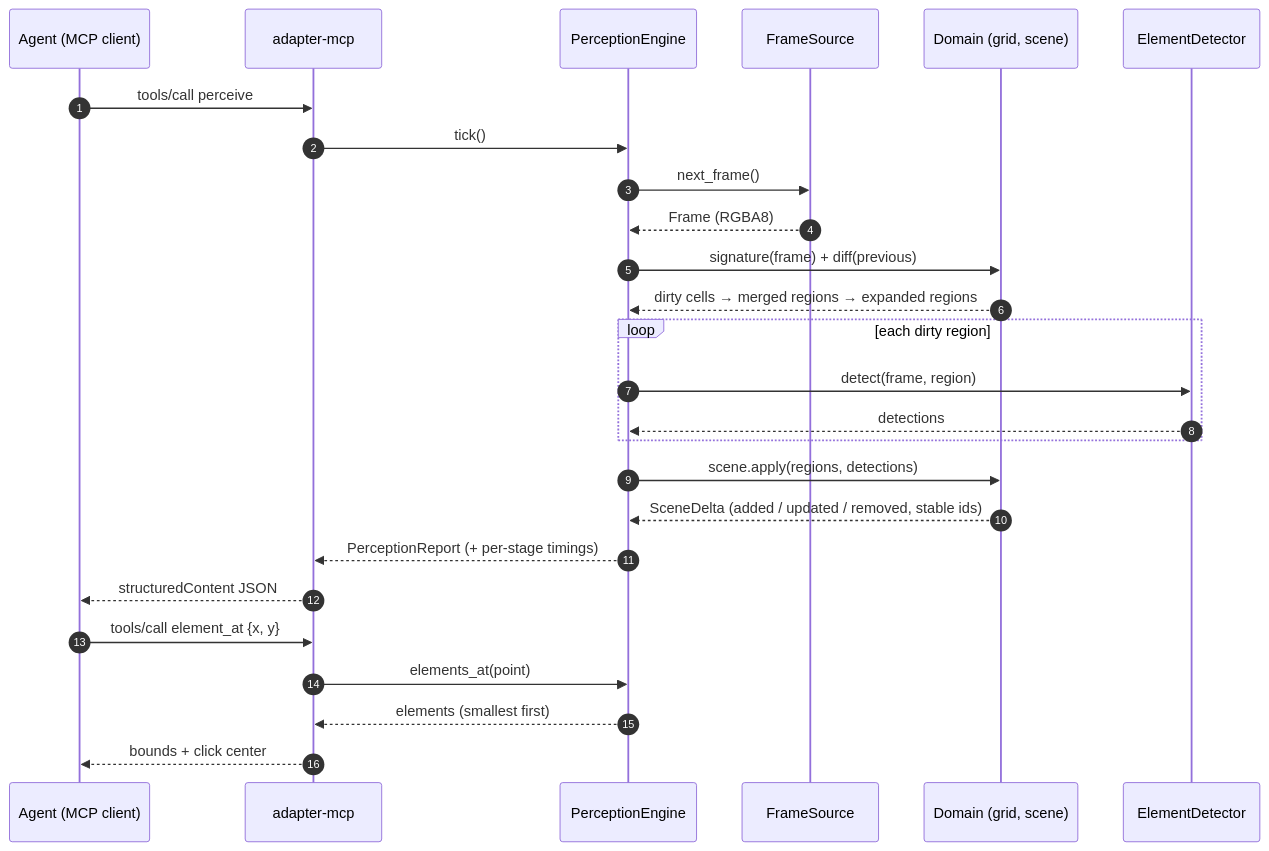
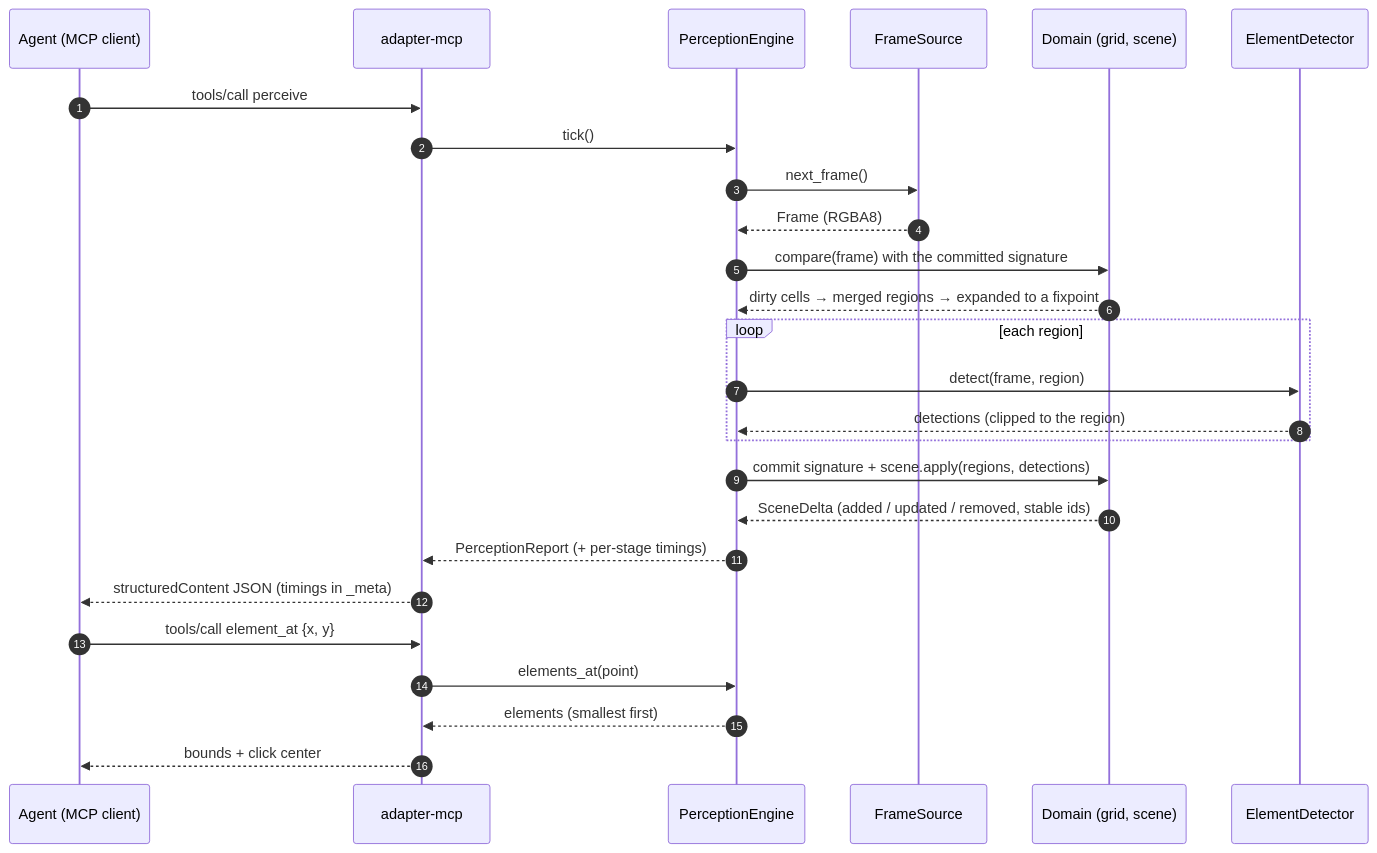
One commit to Yosoyepa/Ommatix changed the first of 2 diagrams in docs/diagrams/perception-pipeline.md. Above: the diagram before and after it, drawn with Mermaid. The commit also changed other lines of this file and 17 other files, not shown here.

````diff
--- a/docs/diagrams/perception-pipeline.md
+++ b/docs/diagrams/perception-pipeline.md
@@ -6,29 +9,29 @@
 ```mermaid
 sequenceDiagram
     autonumber
     participant A as Agent (MCP client)
     participant M as adapter-mcp
     participant E as PerceptionEngine
     participant S as FrameSource
     participant G as Domain (grid, scene)
     participant D as ElementDetector
 
     A->>M: tools/call perceive
     M->>E: tick()
     E->>S: next_frame()
     S-->>E: Frame (RGBA8)
-    E->>G: signature(frame) + diff(previous)
-    G-->>E: dirty cells → merged regions → expanded regions
-    loop each dirty region
+    E->>G: compare(frame) with the committed signature
+    G-->>E: dirty cells → merged regions → expanded to a fixpoint
+    loop each region
         E->>D: detect(frame, region)
-        D-->>E: detections
+        D-->>E: detections (clipped to the region)
     end
-    E->>G: scene.apply(regions, detections)
+    E->>G: commit signature + scene.apply(regions, detections)
     G-->>E: SceneDelta (added / updated / removed, stable ids)
     E-->>M: PerceptionReport (+ per-stage timings)
-    M-->>A: structuredContent JSON
+    M-->>A: structuredContent JSON (timings in _meta)
     A->>M: tools/call element_at {x, y}
     M->>E: elements_at(point)
     E-->>M: elements (smallest first)
     M-->>A: bounds + click center
 ```
````
